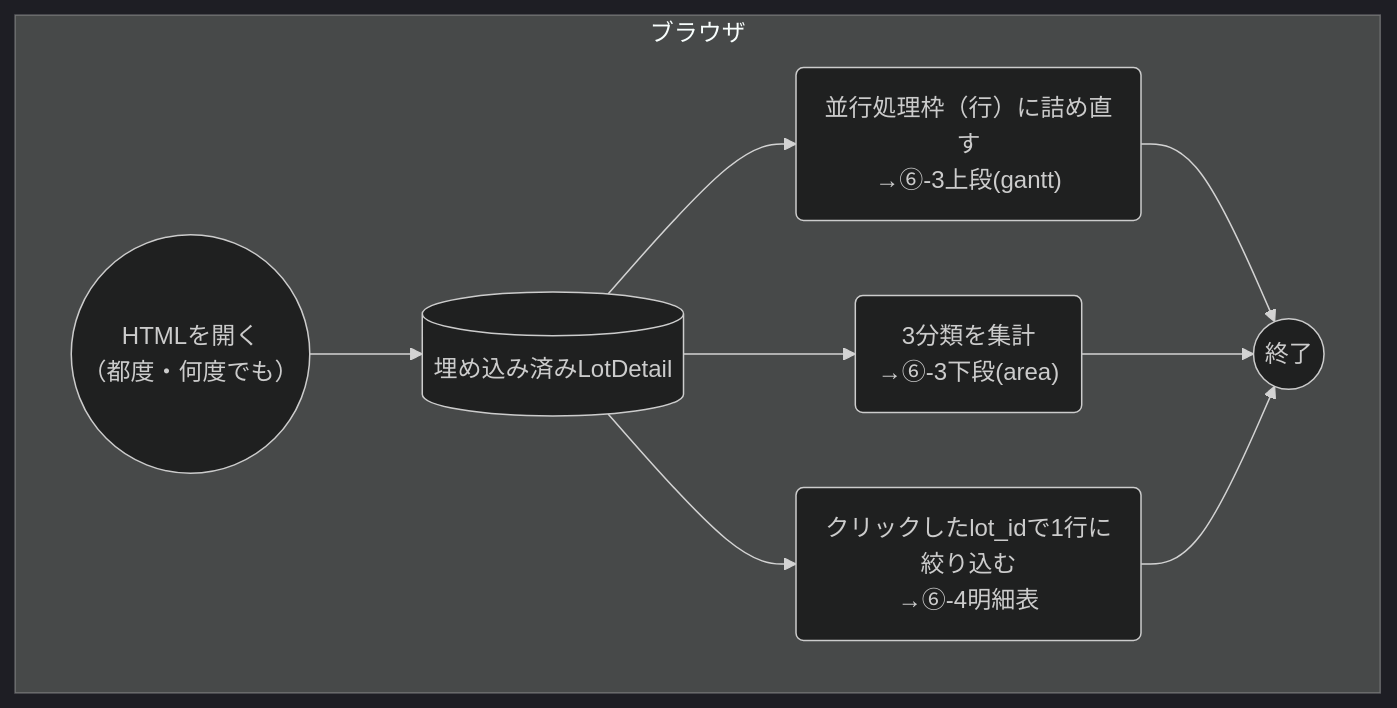
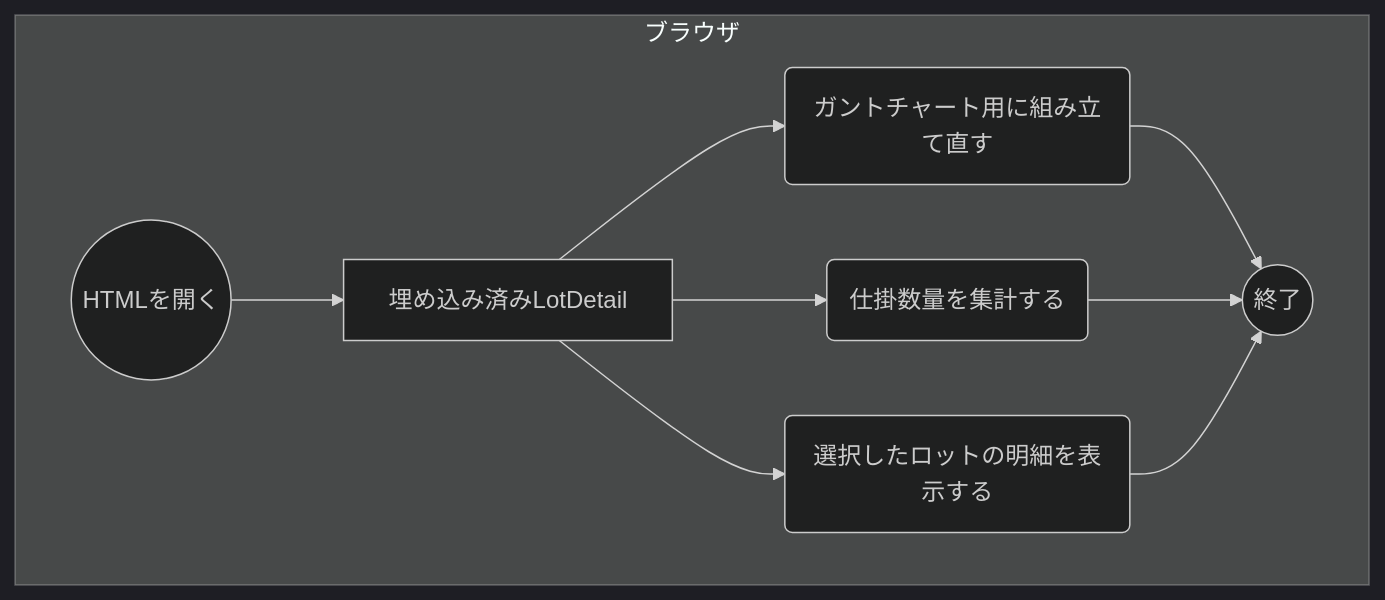
One commit to mukumuyi/AnalyseTool changed the sixth of 7 diagrams in .steering/20260830-eqp-workload-analysis/design.md. Above: the diagram before and after it, drawn with Mermaid (dark theme). The commit also changed other lines of this file and 1 other file, not shown here.

````diff
--- a/.steering/20260830-eqp-workload-analysis/design.md
+++ b/.steering/20260830-eqp-workload-analysis/design.md
@@ -157,12 +176,12 @@
 ```mermaid
 flowchart TD
     subgraph SW5["ブラウザ"]
-        Start5(("HTMLを開く<br/>（都度・何度でも）")) --> Html5[("埋め込み済みLotDetail")]
-        Html5 --> Gantt5("並行処理枠（行）に詰め直す<br/>→⑥-3上段(gantt)")
-        Html5 --> Wip5("3分類を集計<br/>→⑥-3下段(area)")
-        Html5 --> Detail5("クリックしたlot_idで1行に絞り込む<br/>→⑥-4明細表")
+        Start5((HTMLを開く)) --> Html5["埋め込み済みLotDetail"]
+        Html5 --> Gantt5("ガントチャート用に組み立て直す")
+        Html5 --> Wip5("仕掛数量を集計する")
+        Html5 --> Detail5("選択したロットの明細を表示する")
         Gantt5 --> End5((終了))
         Wip5 --> End5
         Detail5 --> End5
     end
 ```
````
